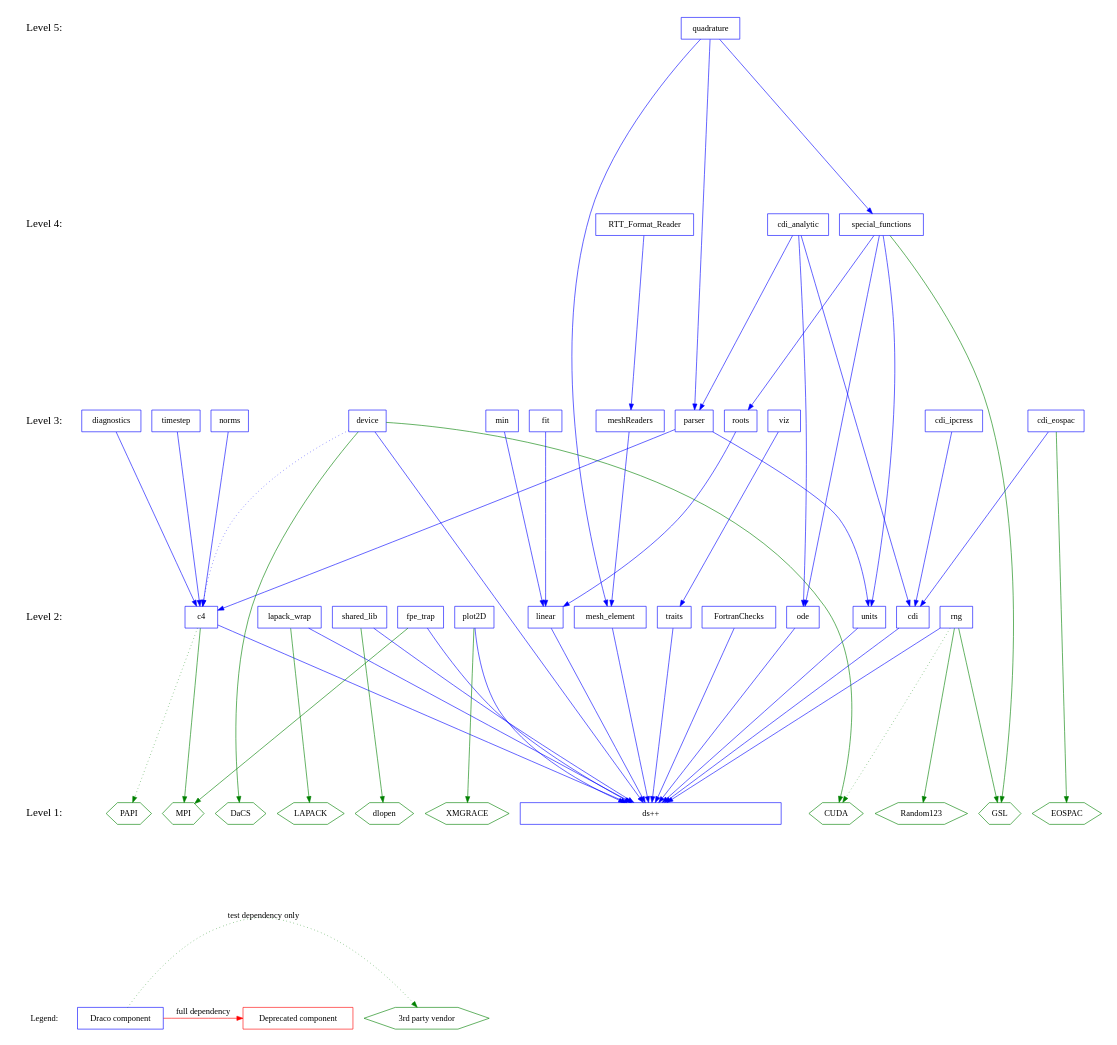
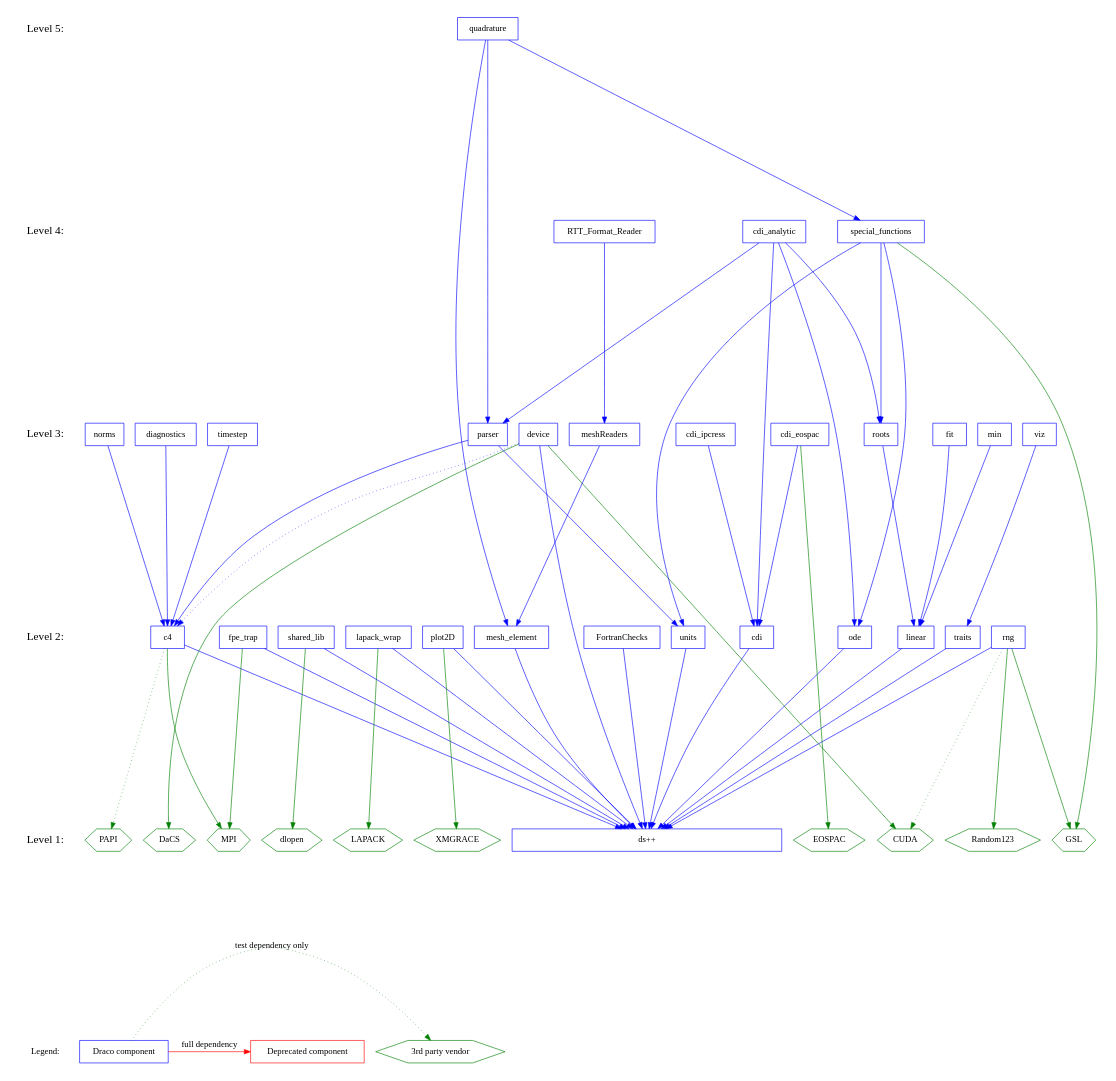
Before and after one commit to warsa/Draco: the diagram in doc/design/level.dot, drawn with Graphviz. The commit also changed 20 other files, not shown here.

```diff
--- a/doc/design/level.dot
+++ b/doc/design/level.dot
@@ -1,145 +1,145 @@
 digraph draco_level {
     /* graph attributes */
     center=1;
     size="7.5,10";
     ranksep=4;
     
     /* levels */
     legend [shape=plaintext, label="Legend:", fontsize=14];
     level1 [shape=plaintext, label="Level 1:", fontsize=18];
     level2 [shape=plaintext, label="Level 2:", fontsize=18];
     level3 [shape=plaintext, label="Level 3:", fontsize=18];
     level4 [shape=plaintext, label="Level 4:", fontsize=18];
     level5 [shape=plaintext, label="Level 5:", fontsize=18]; 
 /*    level6 [shape=plaintext, label="Level 6:", fontsize=18]; */
     
     /* level6 -> */
     level5 -> 
     level4 -> level3 -> level2 -> level1 -> legend [style=invis];
     
     /* packages */
 
     /* legend */
     leg_vendor [shape=box, label="3rd party vendor", color=green, shape=hexagon];
     leg_draco  [shape=box, label="Draco component",  color=blue,  shape=box ];
     leg_depre  [shape=box, label="Deprecated component", color=red,  shape=box ];
 
     /* level 1 */
     vdlopen    [shape=hexagon, color=green, label="dlopen"];
     veospac    [shape=hexagon, color=green, label="EOSPAC"];
     vgrace     [shape=hexagon, color=green, label="XMGRACE"];
     vlapack    [shape=hexagon, color=green, label="LAPACK"];
     vmpi       [shape=hexagon, color=green, label="MPI"];
     vdacs      [shape=hexagon, color=green, label="DaCS"];
     vcuda      [shape=hexagon, color=green, label="CUDA"];
     vpapi      [shape=hexagon, color=green, label="PAPI"];
     vran123    [shape=hexagon, color=green, label="Random123"];
         
     dsxx [shape=box, color=blue, label="ds++", width=6];
     
     /* level 2 */
     vgsl       [shape=hexagon, color=green, label="GSL"];
 
     c4         [shape=box, color=blue, label="c4"];
     cdi        [shape=box, color=blue, label="cdi"];
     fpetrap    [shape=box, color=blue, label="fpe_trap"];
     fc         [shape=box, color=blue, label="FortranChecks"];
     lapack     [shape=box, color=blue, label="lapack_wrap"];
     linear     [shape=box, color=blue, label="linear"];
     meshelement [shape=box, color=blue, label="mesh_element"];
     ode        [shape=box, color=blue, label="ode"];
     plot       [shape=box, color=blue, label="plot2D"];
     rng        [shape=box, color=blue, label="rng"];
     shlib      [shape=box, color=blue, label="shared_lib"];
     traits     [shape=box, color=blue, label="traits"];
     units      [shape=box, color=blue, label="units"];
         
     /* level 3 */
     device    [shape=box, color=blue, label="device"];
     cdieos    [shape=box, color=blue, label="cdi_eospac"];
     cdiip     [shape=box, color=blue, label="cdi_ipcress"];
     diagnostics [shape=box, color=blue, label="diagnostics"];
     fit       [shape=box, color=blue, label="fit"];
     meshread  [shape=box, color=blue, label="meshReaders"];
     min       [shape=box, color=blue, label="min"];
     norms     [shape=box, color=blue, label="norms"];
     parser    [shape=box, color=blue, label="parser"];
     roots     [shape=box, color=blue, label="roots"];
     timestep  [shape=box, color=blue, label="timestep"];
     viz       [shape=box, color=blue, label="viz"];
     
     /* level 4 */
     sf        [shape=box, color=blue, label="special_functions"];
     cdianal   [shape=box, color=blue, label="cdi_analytic"];
     rttread   [shape=box, color=blue, label="RTT_Format_Reader"];
 
     /* level 5 */
     quad      [shape=box, color=blue, label="quadrature"];
 
     
     /* dependencies */
     {rank=same; legend leg_vendor leg_draco leg_depre};
     {rank=same; level1 dsxx vlapack vmpi veospac vgrace vdlopen vgsl vdacs vpapi};
     {rank=same; level2 shlib plot lapack traits c4 fpetrap units cdi ode linear};
     {rank=same; level3 viz timestep cdieos meshread parser};
     {rank=same; level4 rttread sf};
 
 
     leg_draco -> {leg_vendor} [color=green, style=dotted, label="test dependency only"];
     leg_draco -> {leg_depre} [color=red, label="full dependency"];
     
     /* draco packages */
 
     /* NOTE:  hidden dependencies are in comments at the end of each line.
      * For example if a package depends on c4 it implicitly depends on dsxx
      * as well.  The dependency on dsxx is not shown explicitly on the
      * graph. 
     
     /* level 2 */
     c4          -> {dsxx}        [color=blue];
     c4          -> {vmpi}        [color=green];
     c4          -> {vpapi}       [color=green, style=dotted];
     cdi         -> {dsxx}        [color=blue];
     fc          -> {dsxx}        [color=blue];
     fpetrap     -> {dsxx}        [color=blue];
     fpetrap     -> {vmpi}        [color=green];
     lapack      -> {dsxx}        [color=blue];
     lapack      -> {vlapack}     [color=green];
     linear      -> {dsxx}        [color=blue];
     meshelement -> {dsxx}        [color=blue];
     ode         -> {dsxx}        [color=blue];
     plot        -> {dsxx}        [color=blue];
     plot        -> {vgrace}      [color=green];
     rng         -> {dsxx}        [color=blue];
     rng         -> {vgsl vran123}  [color=green];
     rng         -> {vcuda}       [color=green, style=dotted];
     shlib       -> {dsxx}        [color=blue];
     shlib       -> {vdlopen}     [color=green];
     traits      -> {dsxx}        [color=blue];
     units       -> {dsxx}        [color=blue];
     
     /* level 3 */
     device      -> {dsxx}        [color=blue];
     device      -> {c4}          [color=blue, style=dotted];
     device      -> {vdacs vcuda} [color=green];
     cdieos      -> {cdi}         [color=blue];
     cdieos      -> {veospac}     [color=green]; 
     cdiip       -> {cdi}         [color=blue];
     diagnostics -> {c4}          [color=blue];
     fit         -> {linear}      [color=blue];
     meshread    -> {meshelement} [color=blue];
     min         -> {linear}      [color=blue];
     norms       -> {c4}          [color=blue];
     parser      -> {c4 units}    [color=blue];
     roots       -> {linear}      [color=blue];
     sf          -> {units ode roots} [color=blue];
     sf          -> {vgsl}        [color=green];
     timestep    -> {c4}          [color=blue];
     viz         -> {traits}      [color=blue];
 
     /* level 4 */
-    cdianal     -> {parser cdi ode}        [color=blue];
+    cdianal     -> {parser cdi ode roots}  [color=blue];
     quad        -> {sf meshelement parser} [color=blue];
     rttread     -> {meshread}              [color=blue];
 
 }
```
